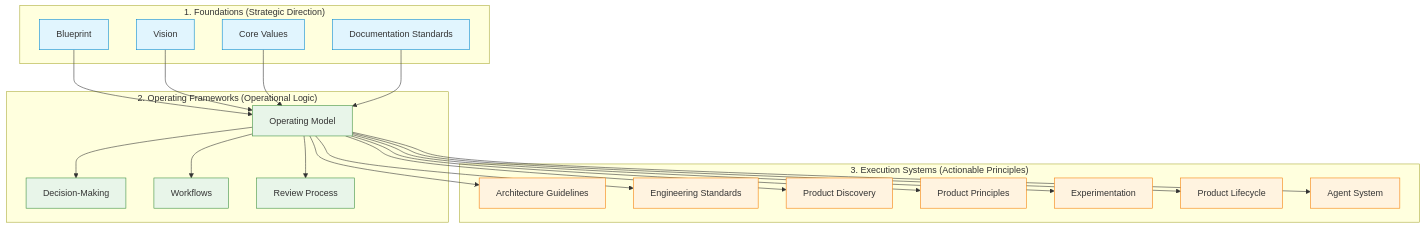
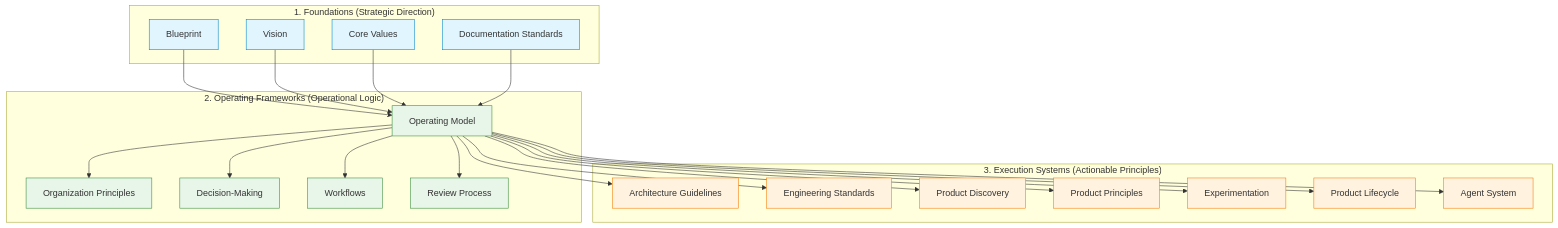
The diagram in docs/README.md (vectorlabs-studio/vectorlabs-studio), drawn with Mermaid before and after one commit. The commit also changed other lines of this file, not shown here.

Commit message:
docs: include ORGANIZATION_PRINCIPLES.md in handbook README

````diff
--- a/docs/README.md
+++ b/docs/README.md
@@ -23,46 +23,48 @@
 ```mermaid
 graph TD
     classDef default fill:#f9f9f9,stroke:#333,stroke-width:1px;
     classDef foundation fill:#e1f5fe,stroke:#0288d1,stroke-width:1px;
     classDef framework fill:#e8f5e9,stroke:#388e3c,stroke-width:1px;
     classDef execution fill:#fff3e0,stroke:#f57c00,stroke-width:1px;
 
     subgraph Foundations ["1. Foundations (Strategic Direction)"]
         blueprint["Blueprint"]:::foundation
         vision["Vision"]:::foundation
         values["Core Values"]:::foundation
         doc_standards["Documentation Standards"]:::foundation
     end
 
     subgraph Frameworks ["2. Operating Frameworks (Operational Logic)"]
+        org_principles["Organization Principles"]:::framework
         op_model["Operating Model"]:::framework
         dec_making["Decision-Making"]:::framework
         workflows["Workflows"]:::framework
         review["Review Process"]:::framework
     end
 
     subgraph Execution ["3. Execution Systems (Actionable Principles)"]
         architecture["Architecture Guidelines"]:::execution
         eng_standards["Engineering Standards"]:::execution
         prod_discovery["Product Discovery"]:::execution
         prod_principles["Product Principles"]:::execution
         experimentation["Experimentation"]:::execution
         lifecycle["Product Lifecycle"]:::execution
         agents["Agent System"]:::execution
     end
 
     blueprint --> op_model
     vision --> op_model
     values --> op_model
     doc_standards --> op_model
+    op_model --> org_principles
     op_model --> dec_making
     op_model --> workflows
     op_model --> review
     op_model --> architecture
     op_model --> eng_standards
     op_model --> prod_discovery
     op_model --> prod_principles
     op_model --> experimentation
     op_model --> lifecycle
     op_model --> agents
 ```
````
